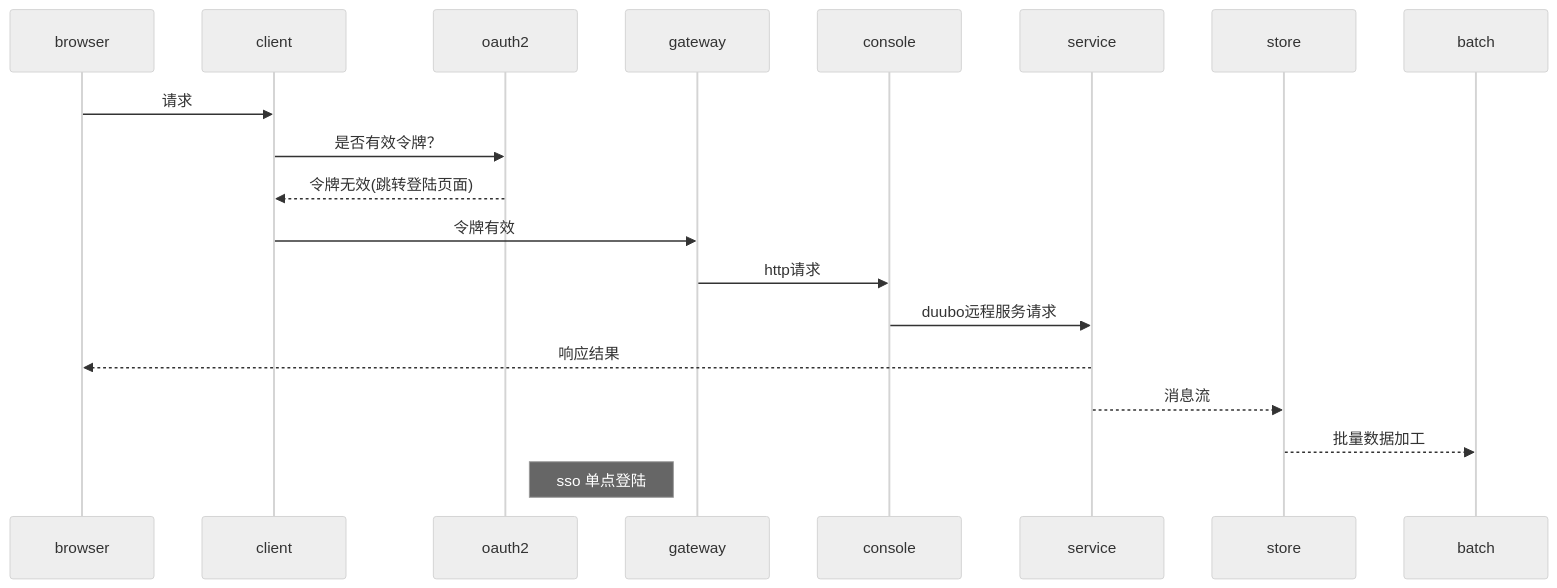
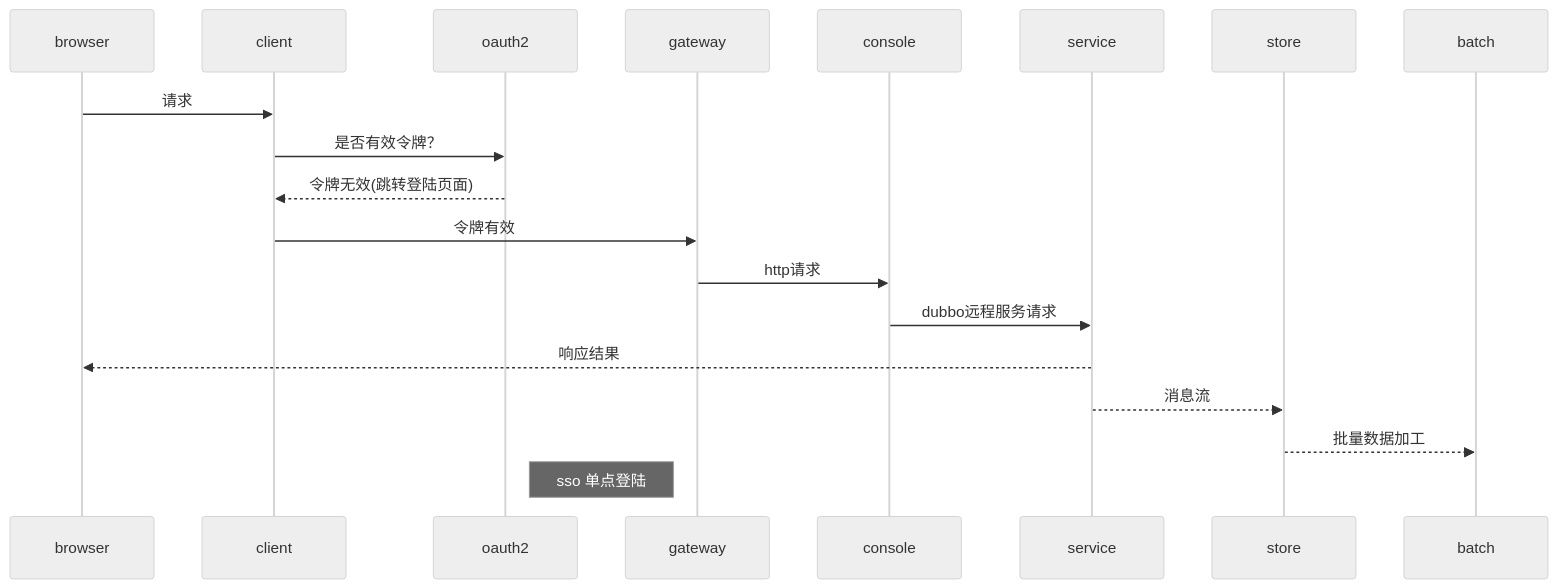
One commit to zpp222/bpay-project changed the second of 2 diagrams in README.md. Above: the diagram before and after it, drawn with Mermaid (neutral theme). The commit also changed other lines of this file and 1 other file, not shown here.

````diff
--- a/README.md
+++ b/README.md
@@ -43,13 +43,13 @@
 ```mermaid
 sequenceDiagram
 browser ->> client: 请求
 client ->> oauth2: 是否有效令牌？
 oauth2 -->> client: 令牌无效(跳转登陆页面)
 client ->> gateway: 令牌有效
 gateway ->> console: http请求
-console ->> service: duubo远程服务请求
+console ->> service: dubbo远程服务请求
 service -->> browser: 响应结果
 service -->> store: 消息流
 store -->> batch: 批量数据加工
 Note right of oauth2: sso 单点登陆
 ```
````
